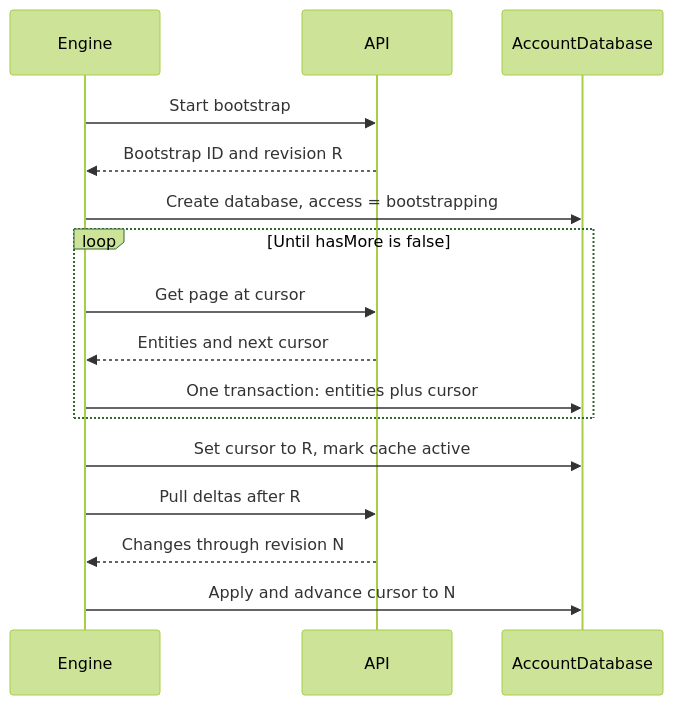
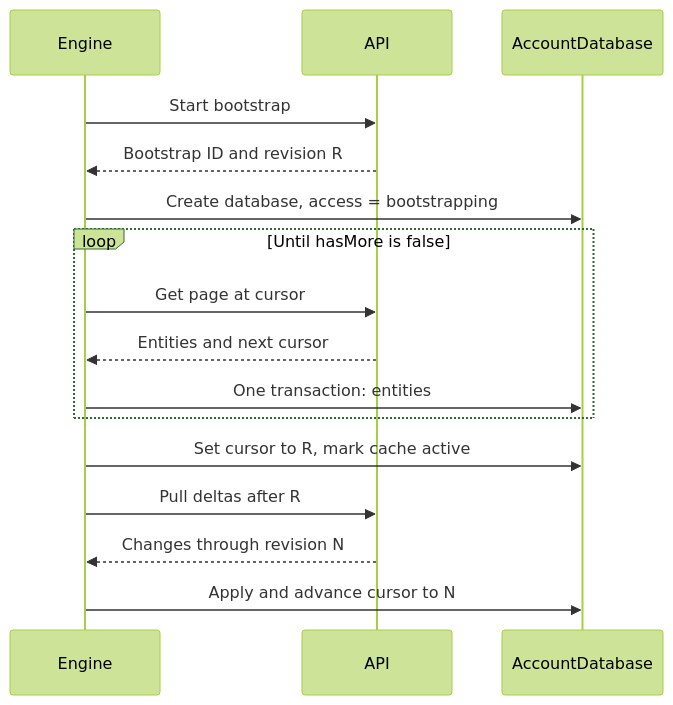
One commit to PikaPikaGems/kanji-heatmap changed the first of 5 diagrams in docs/notes/STUDY-ENGINE-BRAINSTORM/STUDY-ENGINE-DESIGN/SYNC-AND-BACKEND.md. Above: the diagram before and after it, drawn with Mermaid (forest theme). The commit also changed other lines of this file and 9 other files, not shown here.

````diff
--- a/docs/notes/STUDY-ENGINE-BRAINSTORM/STUDY-ENGINE-DESIGN/SYNC-AND-BACKEND.md
+++ b/docs/notes/STUDY-ENGINE-BRAINSTORM/STUDY-ENGINE-DESIGN/SYNC-AND-BACKEND.md
@@ -207,19 +209,19 @@
 ```mermaid
 sequenceDiagram
     participant Engine
     participant API
     participant DB as AccountDatabase
 
     Engine->>API: Start bootstrap
     API-->>Engine: Bootstrap ID and revision R
     Engine->>DB: Create database, access = bootstrapping
     loop Until hasMore is false
         Engine->>API: Get page at cursor
         API-->>Engine: Entities and next cursor
-        Engine->>DB: One transaction: entities plus cursor
+        Engine->>DB: One transaction: entities
     end
     Engine->>DB: Set cursor to R, mark cache active
     Engine->>API: Pull deltas after R
     API-->>Engine: Changes through revision N
     Engine->>DB: Apply and advance cursor to N
 ```
````
